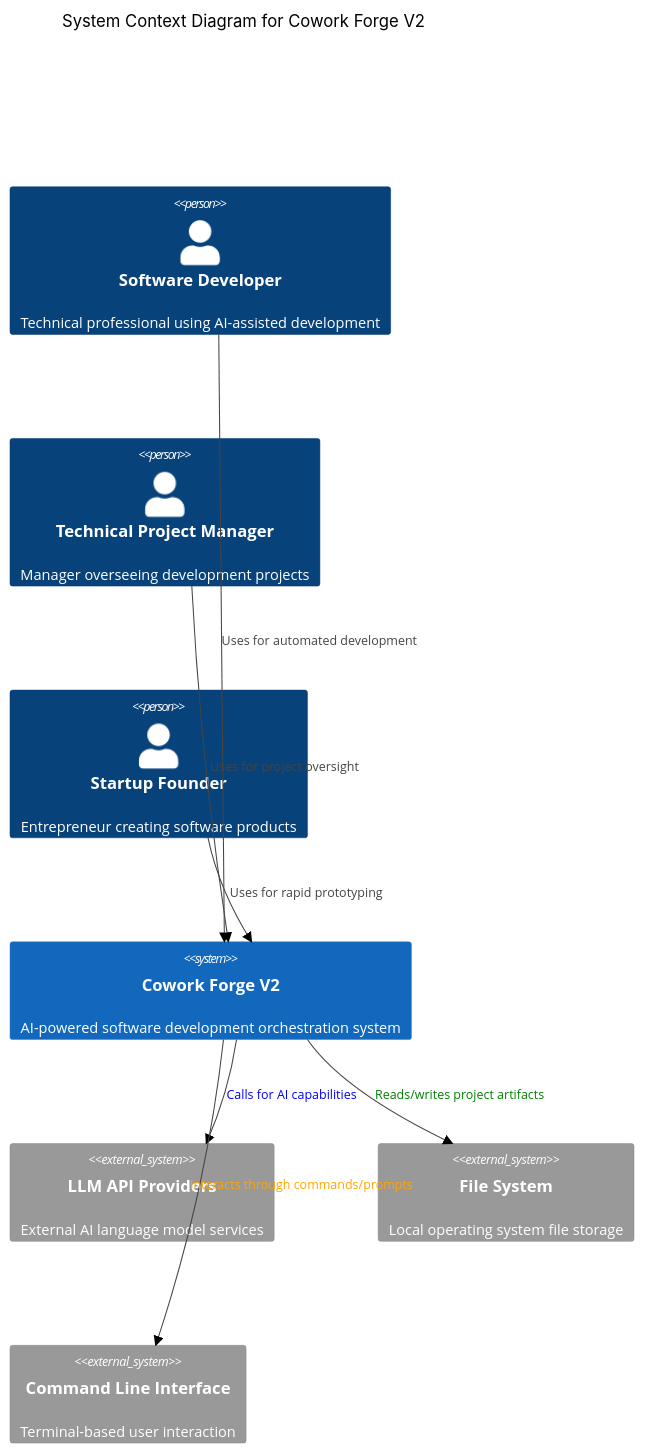
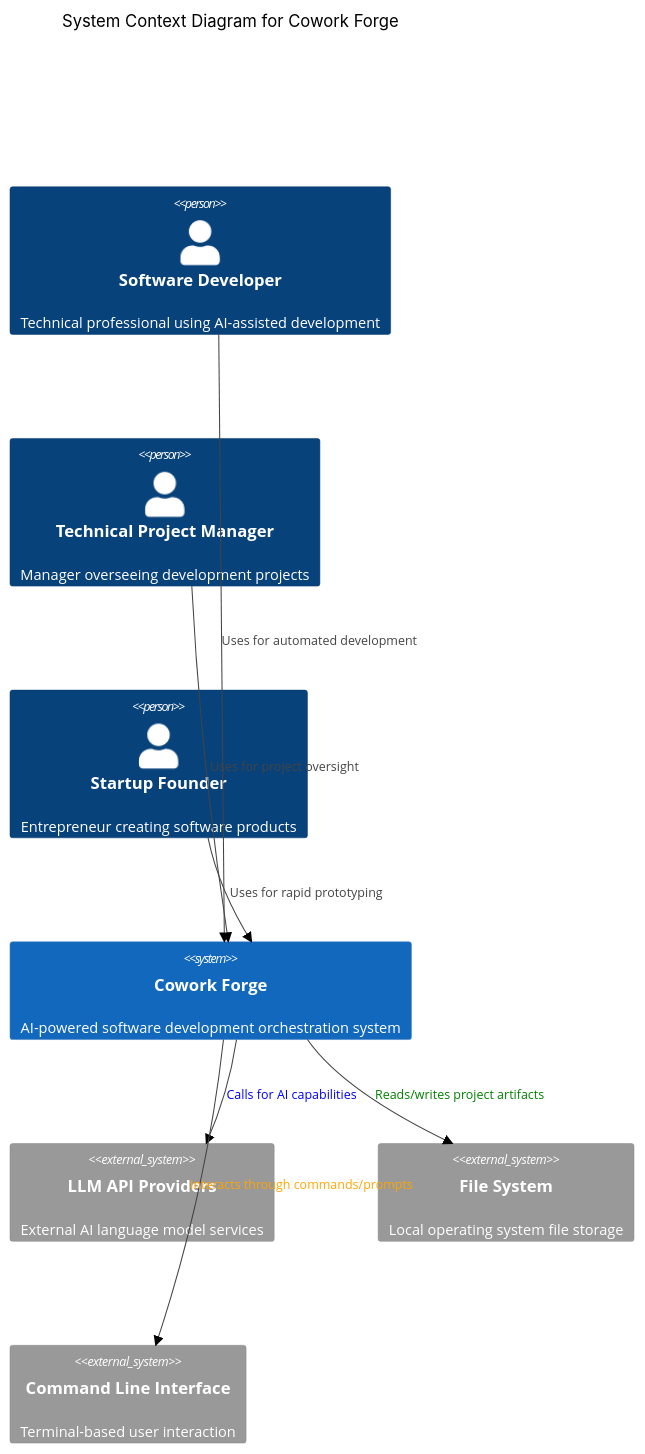
The diagram in litho.docs/en/1.Overview.md (sopaco/cowork-forge), drawn with Mermaid (neutral theme) before and after one commit. The commit also changed other lines of this file and 24 other files, not shown here.

````diff
--- a/litho.docs/en/1.Overview.md
+++ b/litho.docs/en/1.Overview.md
@@ -155,25 +155,25 @@
 ```mermaid
 C4Context
-    title System Context Diagram for Cowork Forge V2
+    title System Context Diagram for Cowork Forge
     Person(developer, "Software Developer", "Technical professional using AI-assisted development")
     Person(manager, "Technical Project Manager", "Manager overseeing development projects")
     Person(founder, "Startup Founder", "Entrepreneur creating software products")
     
-    System(cowork_forge, "Cowork Forge V2", "AI-powered software development orchestration system")
+    System(cowork_forge, "Cowork Forge", "AI-powered software development orchestration system")
     
     System_Ext(llm_api, "LLM API Providers", "External AI language model services")
     System_Ext(file_system, "File System", "Local operating system file storage")
     System_Ext(cli, "Command Line Interface", "Terminal-based user interaction")
     
     Rel(developer, cowork_forge, "Uses for automated development")
     Rel(manager, cowork_forge, "Uses for project oversight")
     Rel(founder, cowork_forge, "Uses for rapid prototyping")
     
     Rel(cowork_forge, llm_api, "Calls for AI capabilities")
     Rel(cowork_forge, file_system, "Reads/writes project artifacts")
     Rel(cowork_forge, cli, "Interacts through commands/prompts")
     
     UpdateRelStyle(cowork_forge, llm_api, $textColor="blue", $offsetX="5")
     UpdateRelStyle(cowork_forge, file_system, $textColor="green", $offsetX="-5")
     UpdateRelStyle(cowork_forge, cli, $textColor="orange", $offsetY="-10")
 ```
````
